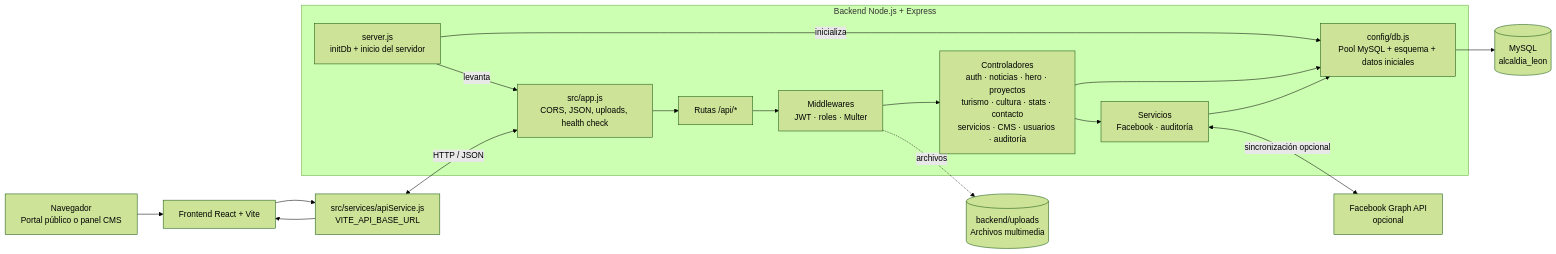
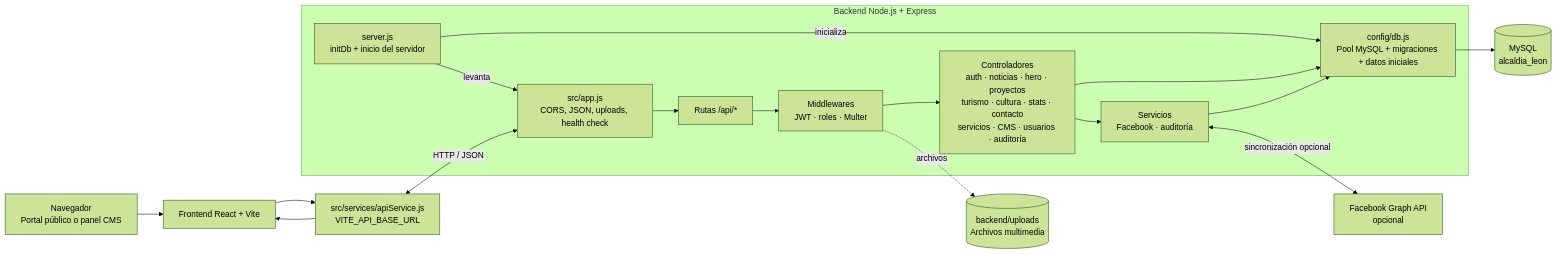
The first of 2 diagrams in README.md (jermeine-bot/alcaldia-propuesto), drawn with Mermaid (forest theme) before and after one commit. The commit also changed other lines of this file and 2 other files, not shown here.

Commit message:
bakend sincronado, sql

````diff
--- a/README.md
+++ b/README.md
@@ -163,32 +166,32 @@
 ```mermaid
 flowchart LR
     ciudadano["Navegador<br/>Portal público o panel CMS"]
     frontend["Frontend React + Vite"]
     apiClient["src/services/apiService.js<br/>VITE_API_BASE_URL"]
 
     subgraph backend["Backend Node.js + Express"]
         server["server.js<br/>initDb + inicio del servidor"]
         app["src/app.js<br/>CORS, JSON, uploads, health check"]
         routes["Rutas /api/*"]
         middleware["Middlewares<br/>JWT · roles · Multer"]
         controllers["Controladores<br/>auth · noticias · hero · proyectos<br/>turismo · cultura · stats · contacto<br/>servicios · CMS · usuarios · auditoría"]
         services["Servicios<br/>Facebook · auditoría"]
-        dbpool["config/db.js<br/>Pool MySQL + esquema + datos iniciales"]
+        dbpool["config/db.js<br/>Pool MySQL + migraciones + datos iniciales"]
     end
 
     mysql[("MySQL<br/>alcaldia_leon")]
     uploads[("backend/uploads<br/>Archivos multimedia")]
     facebook["Facebook Graph API<br/>opcional"]
 
     ciudadano --> frontend --> apiClient
     apiClient <-->|"HTTP / JSON"| app
     server -->|"inicializa"| dbpool
     server -->|"levanta"| app
     app --> routes --> middleware --> controllers
     controllers --> dbpool --> mysql
     controllers --> services
     services --> dbpool
     middleware -.->|"archivos"| uploads
     services <-->|"sincronización opcional"| facebook
     apiClient --> frontend
 ```
````
